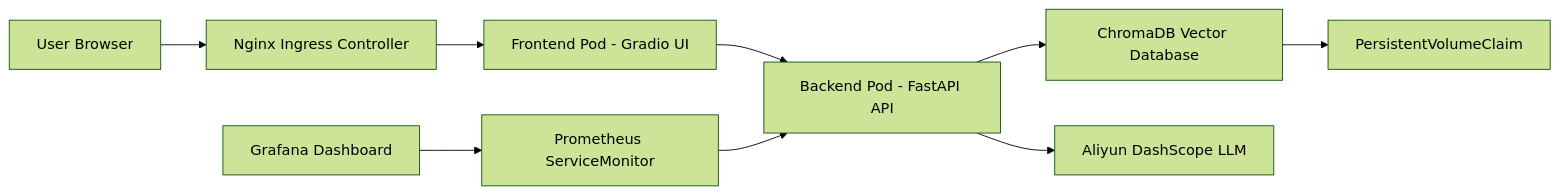
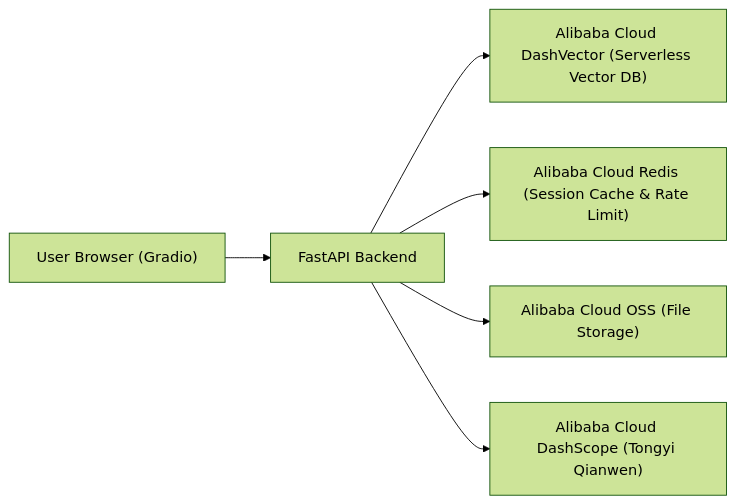
The first of 2 diagrams in README_EN.md (AmazingYe-oss/edu-rag-bot), drawn with Mermaid (forest theme) before and after one commit. The commit also changed other lines of this file and 1 other file, not shown here.

````diff
--- a/README_EN.md
+++ b/README_EN.md
@@ -28,21 +26,15 @@
 ```mermaid
 flowchart LR
-    Client["User Browser"]
-    Ingress["Nginx Ingress Controller"]
-    UI["Frontend Pod - Gradio UI"]
-    API["Backend Pod - FastAPI API"]
-    ChromaDB["ChromaDB Vector Database"]
-    PVC["PersistentVolumeClaim"]
-    LLM["Aliyun DashScope LLM"]
-    Prometheus["Prometheus ServiceMonitor"]
-    Grafana["Grafana Dashboard"]
+    Client["User Browser (Gradio)"]
+    API["FastAPI Backend"]
+    DashVector["Alibaba Cloud DashVector (Serverless Vector DB)"]
+    Redis["Alibaba Cloud Redis (Session Cache & Rate Limit)"]
+    OSS["Alibaba Cloud OSS (File Storage)"]
+    LLM["Alibaba Cloud DashScope (Tongyi Qianwen)"]
 
-    Client --> Ingress
-    Ingress --> UI
-    UI --> API
-    API --> ChromaDB
-    ChromaDB --> PVC
+    Client --> API
+    API --> DashVector
+    API --> Redis
+    API --> OSS
     API --> LLM
-    Prometheus --> API
-    Grafana --> Prometheus
 ```
````
